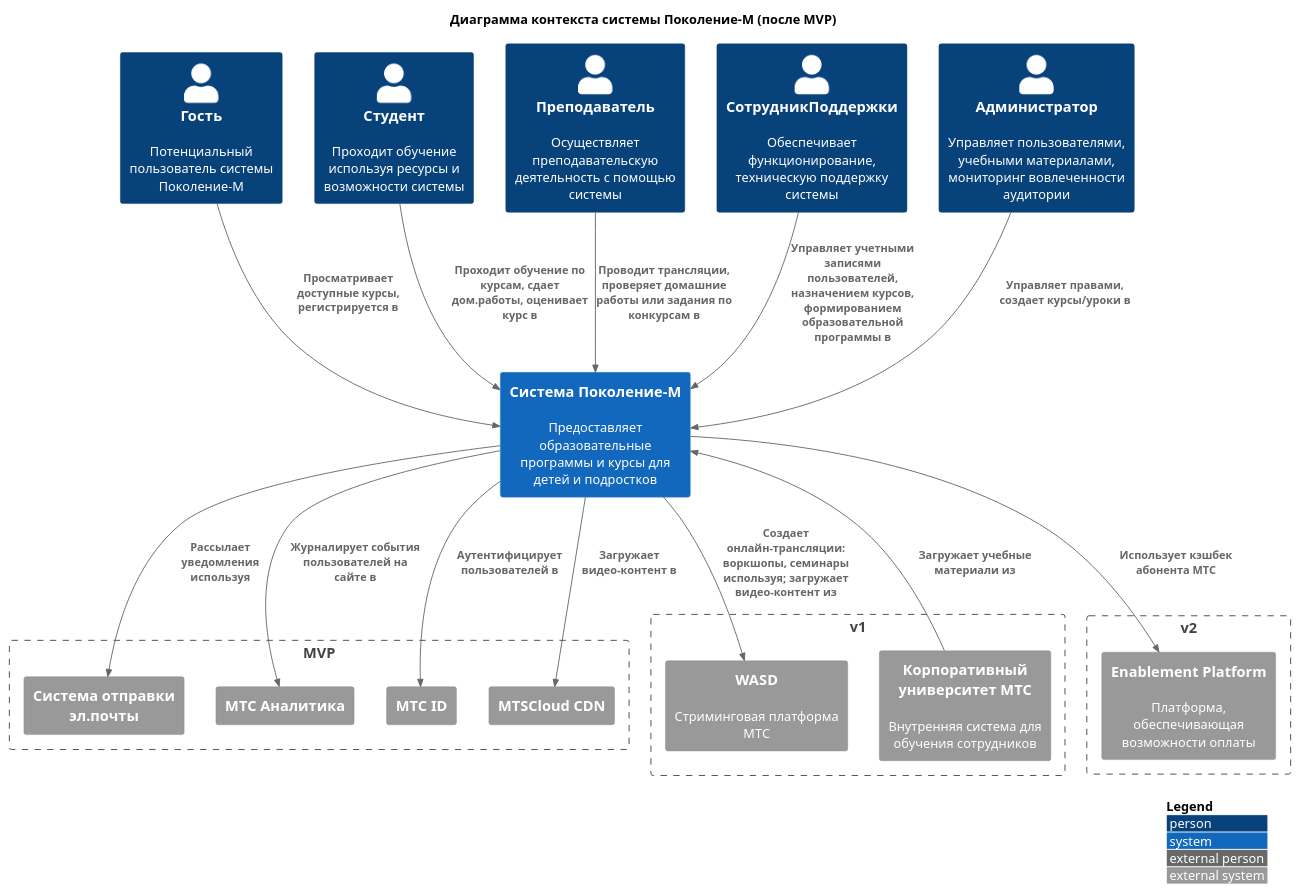
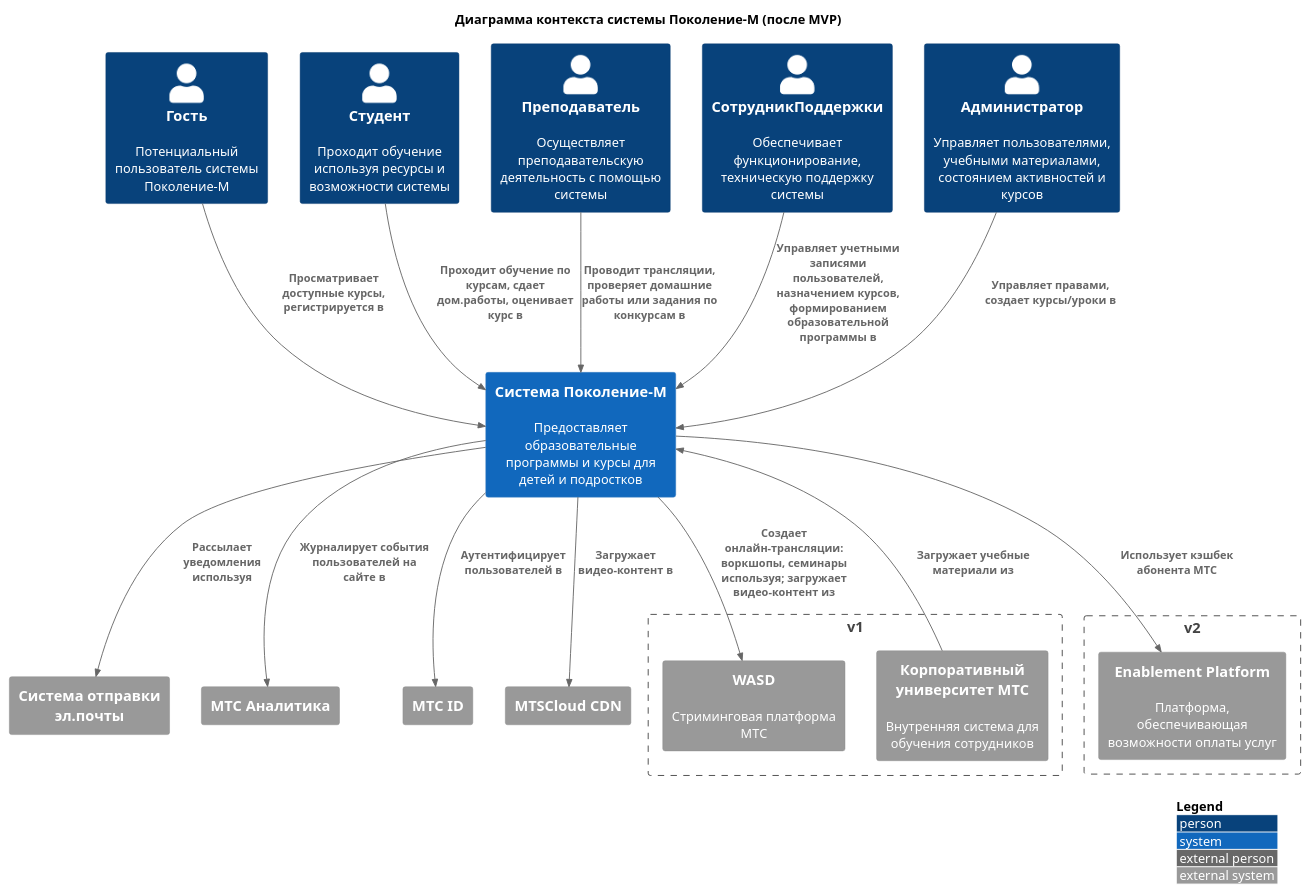
Before and after one commit to karpoftea/mts-kata-2023: the third of 3 diagrams in docs/c4/context.md, drawn with PlantUML. The commit also changed other lines of this file and 5 other files, not shown here.

````diff
--- a/docs/c4/context.md
+++ b/docs/c4/context.md
@@ -52,49 +96,47 @@
 ```plantuml
 @startuml
 !include https://raw.githubusercontent.com/plantuml-stdlib/C4-PlantUML/master/C4_Context.puml
 
 LAYOUT_WITH_LEGEND()
 
 title Диаграмма контекста системы Поколение-М (после MVP)
 
 Person(guest, "Гость", "Потенциальный пользователь системы Поколение-М")
 Person(student, "Студент", "Проходит обучение используя ресурсы и возможности системы")
 Person(teacher, "Преподаватель", "Осуществляет преподавательскую деятельность с помощью системы")
 Person(support, "СотрудникПоддержки", "Обеспечивает функционирование, техническую поддержку системы")
-Person(admin, "Администратор", "Управляет пользователями, учебными материалами, мониторинг вовлеченности аудитории")
+Person(admin, "Администратор", "Управляет пользователями, учебными материалами, состоянием активностей и курсов")
 
 System(sys, "Система Поколение-М", "Предоставляет образовательные программы и курсы для детей и подростков")
 
-Boundary(mvp, "MVP") {
 System_Ext(emailsys, "Система отправки эл.почты")
 System_Ext(mtsa, "МТС Аналитика")
 System_Ext(mtsid, "МТС ID")
 System_Ext(mtscloudcdn, "MTSCloud CDN")
-}
 
 Boundary(v1, "v1") {
     System_Ext(wasd, "WASD", "Стриминговая платформа МТС")
     System_Ext(univer, "Корпоративный университет МТС", "Внутренняя система для обучения сотрудников")
 }
 
 Boundary(v2, "v2") {
-    System_Ext(enaplat, "Enablement Platform", "Платформа, обеспечивающая возможности оплаты")
+    System_Ext(enaplat, "Enablement Platform", "Платформа, обеспечивающая возможности оплаты услуг")
 }
 
 Rel(guest, sys, "Просматривает доступные курсы, регистрируется в")
 Rel(student, sys, "Проходит обучение по курсам, сдает дом.работы, оценивает курс в")
 Rel(teacher, sys, "Проводит трансляции, проверяет домашние работы или задания по конкурсам в")
 Rel(support, sys, "Управляет учетными записями пользователей, назначением курсов, формированием образовательной программы в")
 Rel(admin, sys, "Управляет правами, создает курсы/уроки в")
 
 Rel(sys, emailsys, "Рассылает уведомления используя")
 Rel(sys, mtsa, "Журналирует события пользователей на сайте в")
 Rel(sys, mtsid, "Аутентифицирует пользователей в")
 Rel(sys, mtscloudcdn, "Загружает видео-контент в")
 
 Rel(sys, wasd, "Создает онлайн-трансляции: воркшопы, семинары используя; загружает видео-контент из")
 Rel(univer, sys, "Загружает учебные материали из")
 Rel(sys, enaplat, "Использует кэшбек абонента МТС")
 
 @enduml
 ```
````
